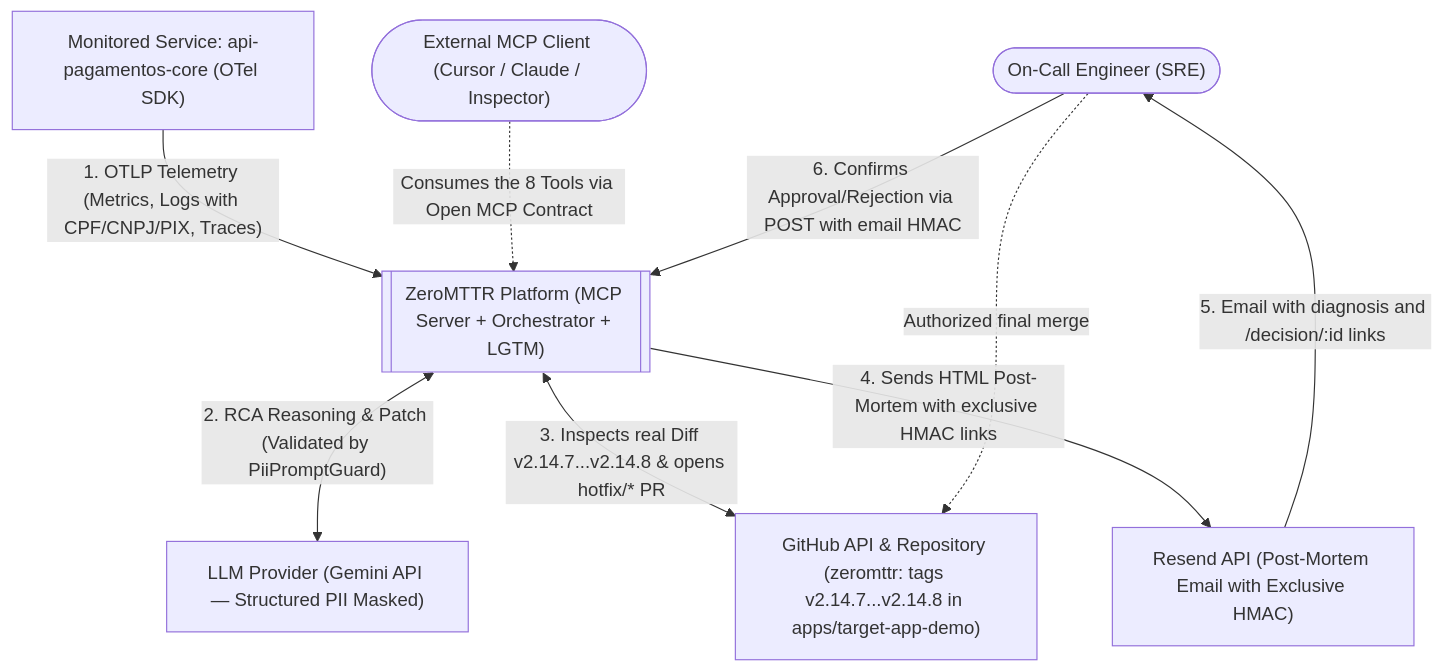
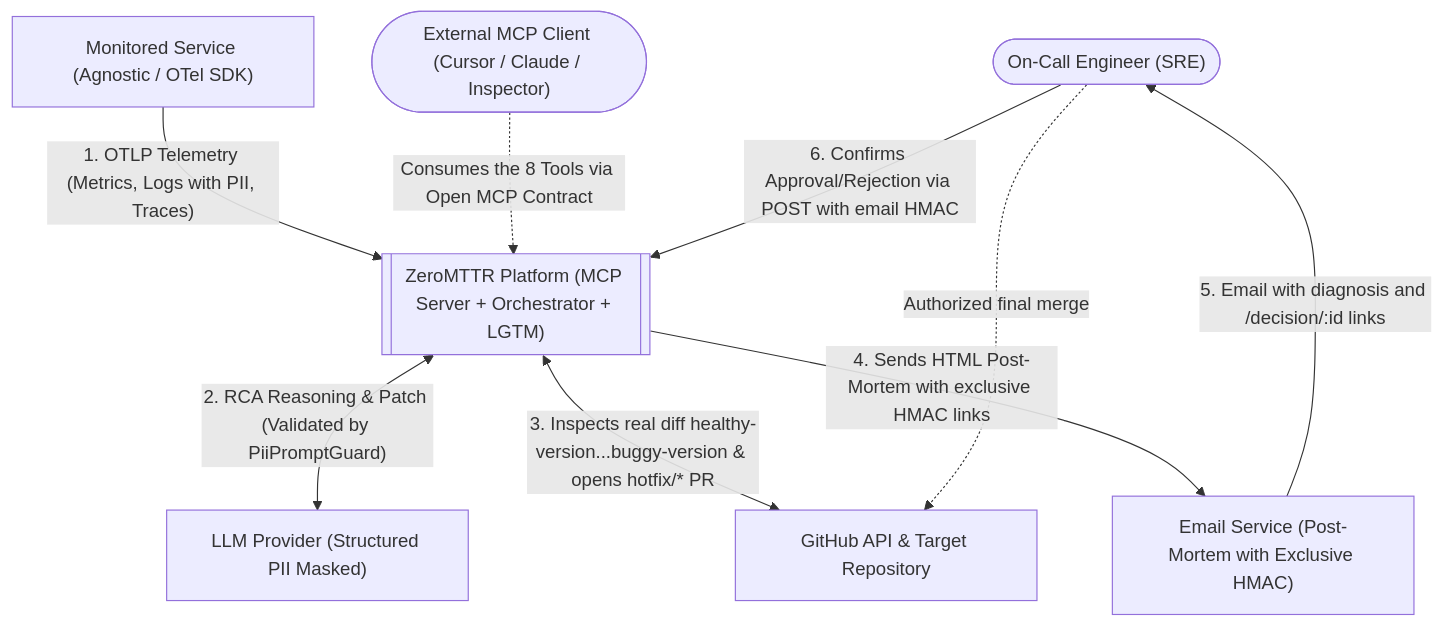
Before and after one commit to AdmilsonGoncalves/zeromttr: the second of 5 diagrams in docs/en-US/00_architecture_master.md, drawn with Mermaid. The commit also changed other lines of this file and 75 other files, not shown here.

````diff
--- a/docs/en-US/00_architecture_master.md
+++ b/docs/en-US/00_architecture_master.md
@@ -147,19 +148,19 @@
 ```mermaid
 flowchart TD
     SRE(["On-Call Engineer (SRE)"])
     EXT_MCP(["External MCP Client (Cursor / Claude / Inspector)"])
-    APP["Monitored Service: api-pagamentos-core (OTel SDK)"]
+    APP["Monitored Service (Agnostic / OTel SDK)"]
     ZMT[["ZeroMTTR Platform (MCP Server + Orchestrator + LGTM)"]]
-    LLM["LLM Provider (Gemini API — Structured PII Masked)"]
-    GH["GitHub API & Repository (zeromttr: tags v2.14.7...v2.14.8 in apps/target-app-demo)"]
-    RS["Resend API (Post-Mortem Email with Exclusive HMAC)"]
+    LLM["LLM Provider (Structured PII Masked)"]
+    GH["GitHub API & Target Repository"]
+    RS["Email Service (Post-Mortem with Exclusive HMAC)"]
 
-    APP -->|"1. OTLP Telemetry (Metrics, Logs with CPF/CNPJ/PIX, Traces)"| ZMT
+    APP -->|"1. OTLP Telemetry (Metrics, Logs with PII, Traces)"| ZMT
     EXT_MCP -.->|"Consumes the 8 Tools via Open MCP Contract"| ZMT
     ZMT <-->|"2. RCA Reasoning & Patch (Validated by PiiPromptGuard)"| LLM
-    ZMT <-->|"3. Inspects real Diff v2.14.7...v2.14.8 & opens hotfix/* PR"| GH
+    ZMT <-->|"3. Inspects real diff healthy-version...buggy-version & opens hotfix/* PR"| GH
     ZMT -->|"4. Sends HTML Post-Mortem with exclusive HMAC links"| RS
     RS -->|"5. Email with diagnosis and /decision/:id links"| SRE
     SRE -->|"6. Confirms Approval/Rejection via POST with email HMAC"| ZMT
     SRE -.->|"Authorized final merge"| GH
 ```
````
